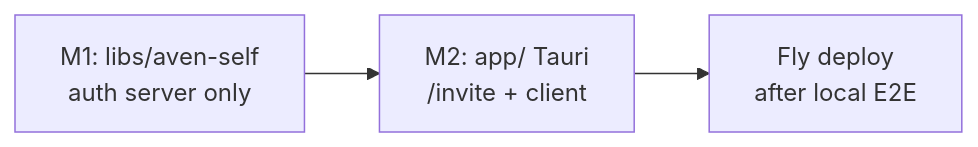
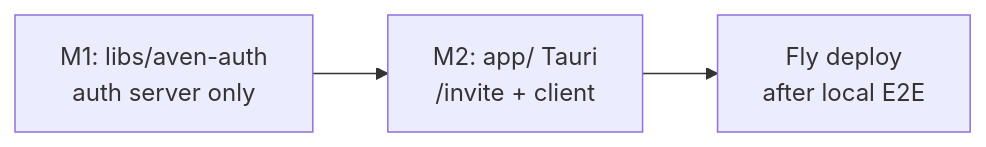
One commit to MyAvenCEO/avenOS changed the diagram in .cursor/plans/better_auth_self_ppk_0608d2d0.plan.md. Above: the diagram before and after it, drawn with Mermaid. The commit also changed other lines of this file and 33 other files, not shown here.

First line of the commit message:
feat(aven-auth): /invite client + rename aven-self → aven-auth

````diff
--- a/.cursor/plans/better_auth_self_ppk_0608d2d0.plan.md
+++ b/.cursor/plans/better_auth_self_ppk_0608d2d0.plan.md
@@ -56,8 +56,8 @@
 ```mermaid
 flowchart LR
-  M1["M1: libs/aven-self\nauth server only"]
+  M1["M1: libs/aven-auth\nauth server only"]
   M2["M2: app/ Tauri\n/invite + client"]
   Fly["Fly deploy\nafter local E2E"]
 
   M1 --> M2 --> Fly
 ```
````
